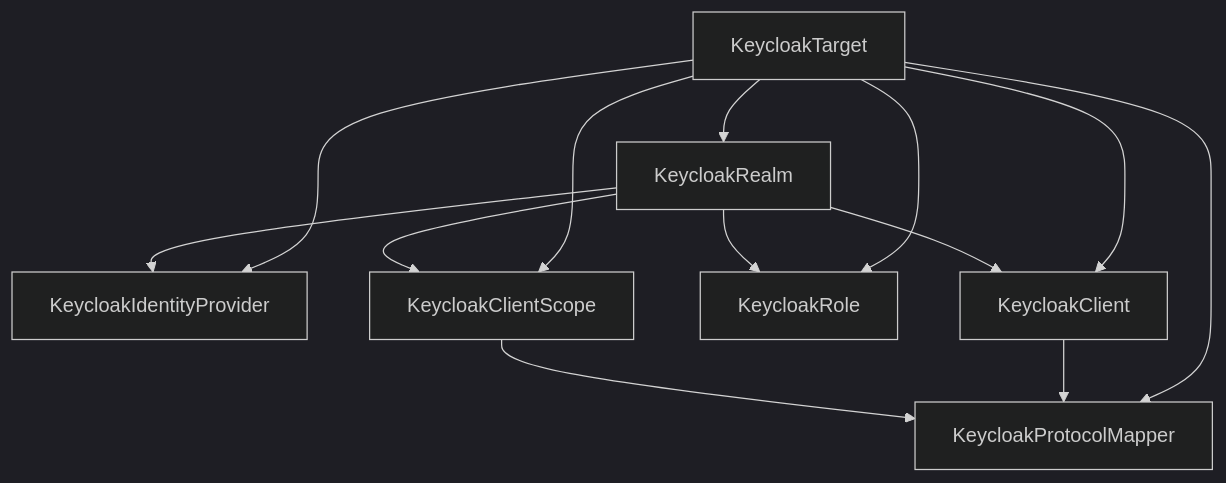
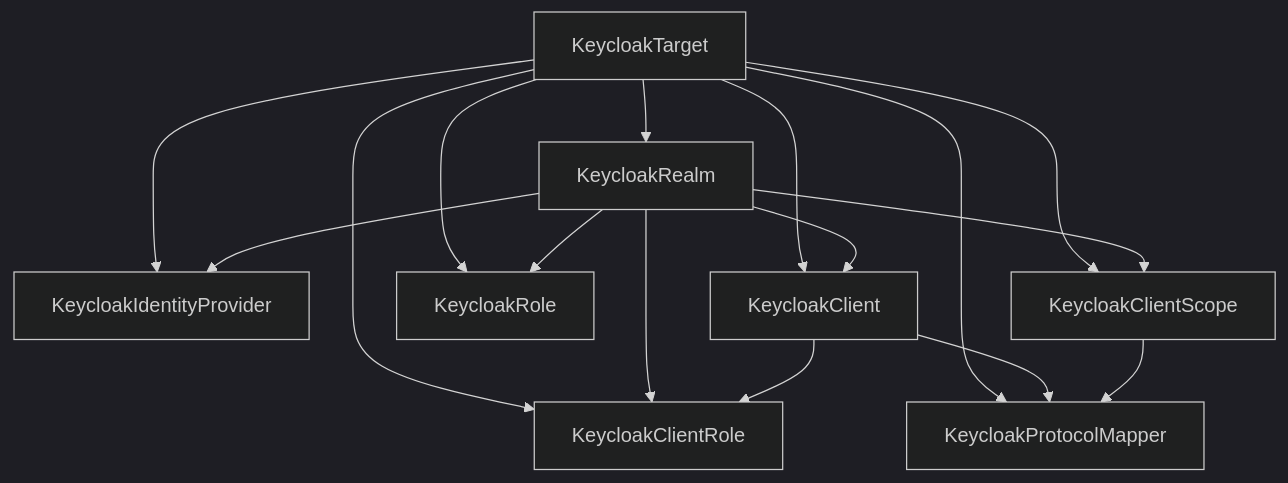
One commit to clouddicted/keycloak-config-operator changed the diagram in docs/resources/index.md. Above: the diagram before and after it, drawn with Mermaid (dark theme). The commit also changed other lines of this file and 21 other files, not shown here.

Commit message:
feat(authz): add client role resource

````diff
--- a/docs/resources/index.md
+++ b/docs/resources/index.md
@@ -25,16 +25,19 @@
 ```mermaid
 flowchart TD
   target[KeycloakTarget] --> realm[KeycloakRealm]
   target --> idp[KeycloakIdentityProvider]
   target --> client[KeycloakClient]
+  target --> clientRole[KeycloakClientRole]
   target --> role[KeycloakRole]
   target --> scope[KeycloakClientScope]
   target --> mapper[KeycloakProtocolMapper]
 
   realm --> idp
   realm --> client
+  realm --> clientRole
   realm --> role
   realm --> scope
+  client --> clientRole
   client --> mapper
   scope --> mapper
 ```
````
